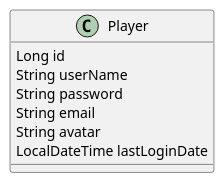
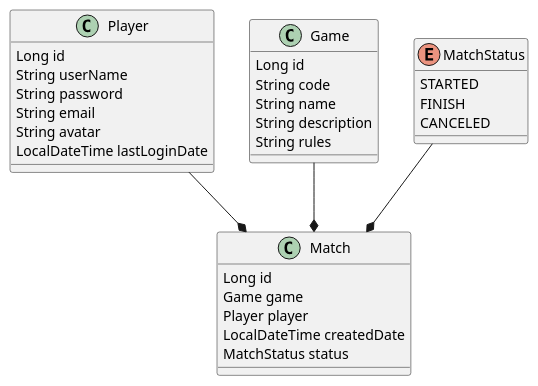
The diagram in docs/model/model.puml (114042-TOLEDO-BRUNO/Practica-Spring), drawn with PlantUML before and after one commit. The commit also changed 2 other files, not shown here.

```diff
--- a/docs/model/model.puml
+++ b/docs/model/model.puml
@@ -1,10 +1,32 @@
 @startuml
 class Player{
 Long id
 String userName
 String password
 String email
 String avatar
 LocalDateTime lastLoginDate
 }
+class Game{
+Long id
+String code
+String name
+String description
+String rules
+}
+class Match{
+Long id
+Game game
+Player player
+LocalDateTime createdDate
+MatchStatus status
+}
+enum MatchStatus{
+STARTED
+FINISH
+CANCELED
+}
+MatchStatus--*Match
+Game --*Match
+Player--*Match
 @enduml
```
